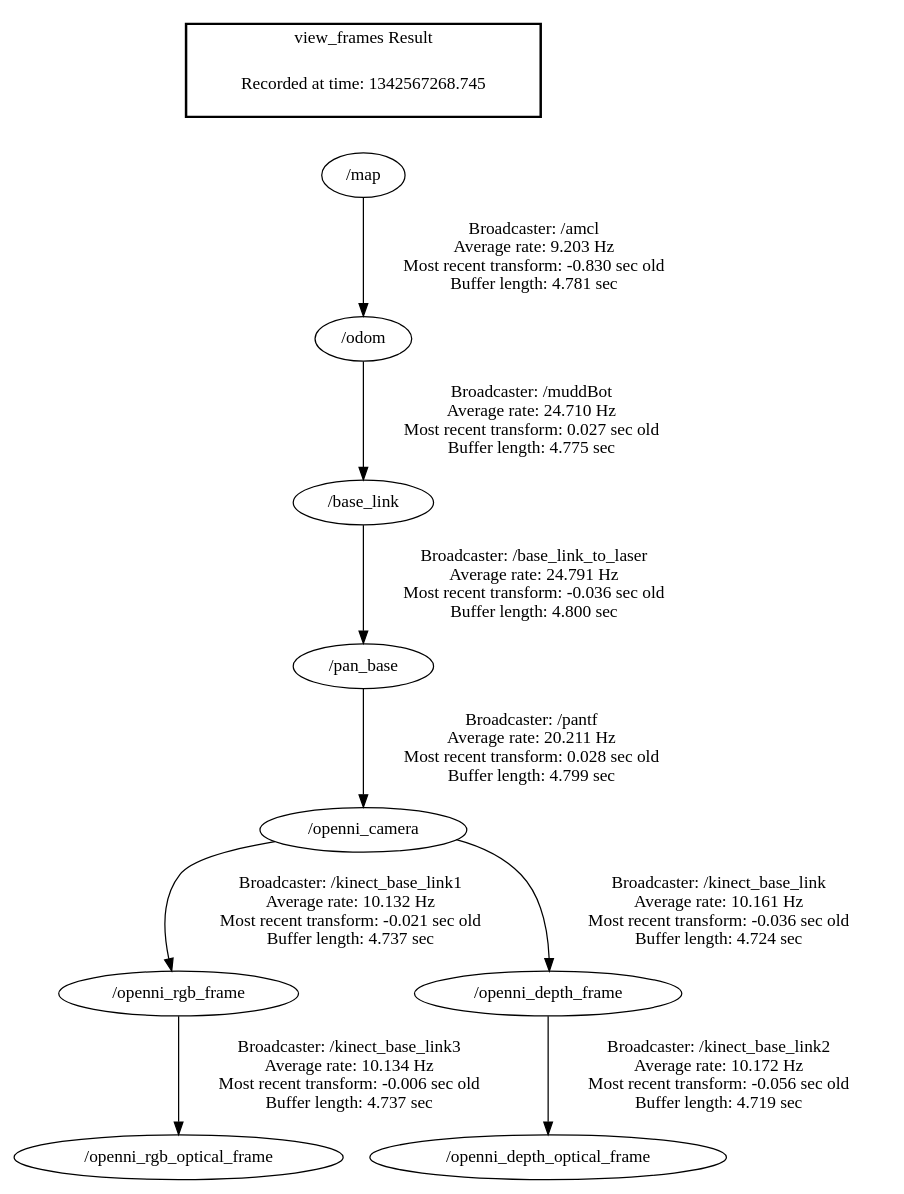
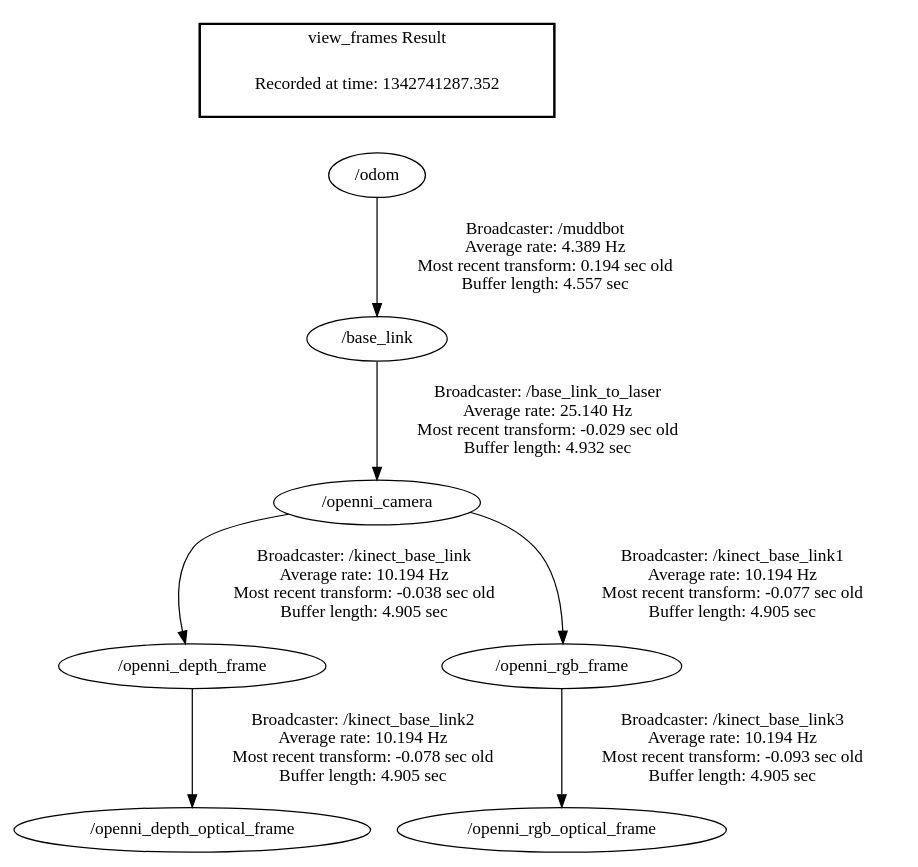
One commit to hmcRobotLab/hmc-robot-code changed the diagram in mb_nav/frames.gv. Above: the diagram before and after it, drawn with Graphviz. The commit also changed 11 other files, not shown here.

```diff
--- a/mb_nav/frames.gv
+++ b/mb_nav/frames.gv
@@ -1,14 +1,12 @@
 digraph G {
-"/openni_rgb_frame" -> "/openni_rgb_optical_frame"[label="Broadcaster: /kinect_base_link3\nAverage rate: 10.134 Hz\nMost recent transform: -0.006 sec old \nBuffer length: 4.737 sec\n"];
-"/openni_camera" -> "/openni_rgb_frame"[label="Broadcaster: /kinect_base_link1\nAverage rate: 10.132 Hz\nMost recent transform: -0.021 sec old \nBuffer length: 4.737 sec\n"];
-"/pan_base" -> "/openni_camera"[label="Broadcaster: /pantf\nAverage rate: 20.211 Hz\nMost recent transform: 0.028 sec old \nBuffer length: 4.799 sec\n"];
-"/base_link" -> "/pan_base"[label="Broadcaster: /base_link_to_laser\nAverage rate: 24.791 Hz\nMost recent transform: -0.036 sec old \nBuffer length: 4.800 sec\n"];
-"/odom" -> "/base_link"[label="Broadcaster: /muddBot\nAverage rate: 24.710 Hz\nMost recent transform: 0.027 sec old \nBuffer length: 4.775 sec\n"];
-"/map" -> "/odom"[label="Broadcaster: /amcl\nAverage rate: 9.203 Hz\nMost recent transform: -0.830 sec old \nBuffer length: 4.781 sec\n"];
-"/openni_camera" -> "/openni_depth_frame"[label="Broadcaster: /kinect_base_link\nAverage rate: 10.161 Hz\nMost recent transform: -0.036 sec old \nBuffer length: 4.724 sec\n"];
-"/openni_depth_frame" -> "/openni_depth_optical_frame"[label="Broadcaster: /kinect_base_link2\nAverage rate: 10.172 Hz\nMost recent transform: -0.056 sec old \nBuffer length: 4.719 sec\n"];
+"/openni_camera" -> "/openni_depth_frame"[label="Broadcaster: /kinect_base_link\nAverage rate: 10.194 Hz\nMost recent transform: -0.038 sec old \nBuffer length: 4.905 sec\n"];
+"/base_link" -> "/openni_camera"[label="Broadcaster: /base_link_to_laser\nAverage rate: 25.140 Hz\nMost recent transform: -0.029 sec old \nBuffer length: 4.932 sec\n"];
+"/odom" -> "/base_link"[label="Broadcaster: /muddbot\nAverage rate: 4.389 Hz\nMost recent transform: 0.194 sec old \nBuffer length: 4.557 sec\n"];
+"/openni_camera" -> "/openni_rgb_frame"[label="Broadcaster: /kinect_base_link1\nAverage rate: 10.194 Hz\nMost recent transform: -0.077 sec old \nBuffer length: 4.905 sec\n"];
+"/openni_depth_frame" -> "/openni_depth_optical_frame"[label="Broadcaster: /kinect_base_link2\nAverage rate: 10.194 Hz\nMost recent transform: -0.078 sec old \nBuffer length: 4.905 sec\n"];
+"/openni_rgb_frame" -> "/openni_rgb_optical_frame"[label="Broadcaster: /kinect_base_link3\nAverage rate: 10.194 Hz\nMost recent transform: -0.093 sec old \nBuffer length: 4.905 sec\n"];
 edge [style=invis];
  subgraph cluster_legend { style=bold; color=black; label ="view_frames Result";
-"Recorded at time: 1342567268.745"[ shape=plaintext ] ;
- }->"/map";
+"Recorded at time: 1342741287.352"[ shape=plaintext ] ;
+ }->"/odom";
 }
```
